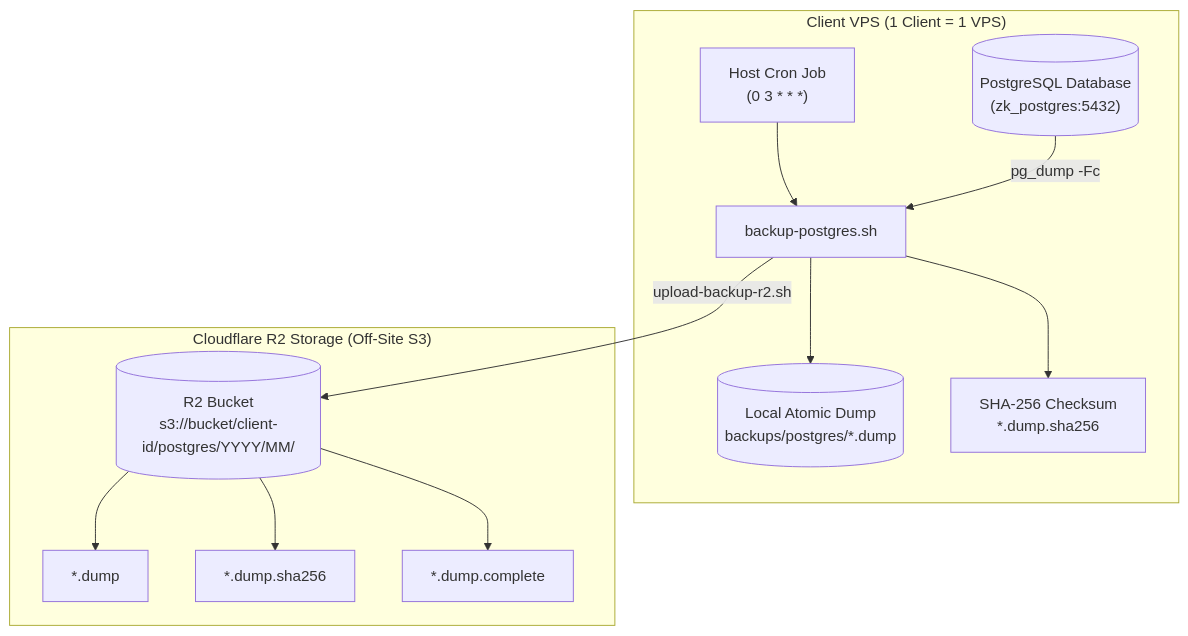
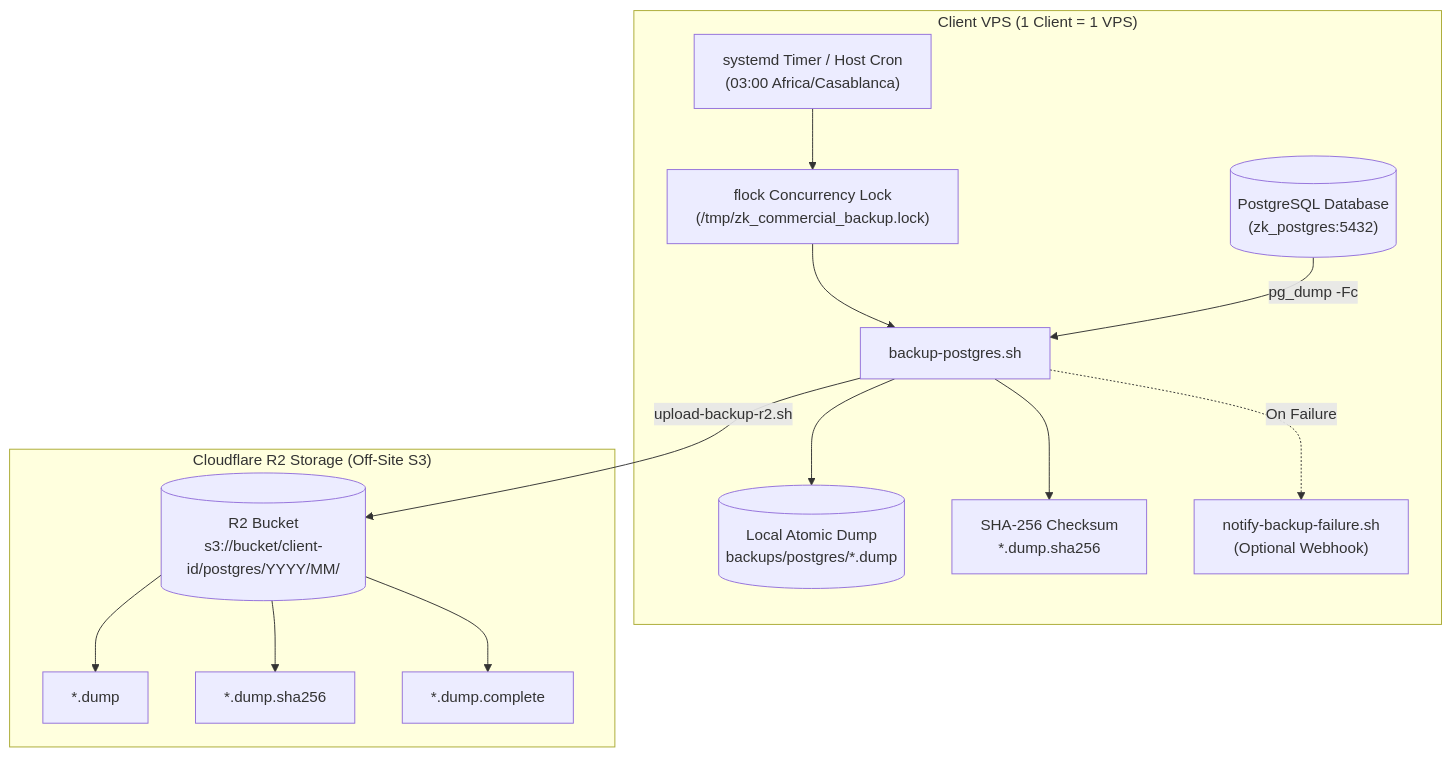
The diagram in docs/BACKUP_RUNBOOK.md (ZakabouD/k14), drawn with Mermaid before and after one commit. The commit also changed other lines of this file and 11 other files, not shown here.

````diff
--- a/docs/BACKUP_RUNBOOK.md
+++ b/docs/BACKUP_RUNBOOK.md
@@ -11,26 +11,30 @@
 ```mermaid
 graph TD
     subgraph VPS["Client VPS (1 Client = 1 VPS)"]
+        LOCK["flock Concurrency Lock\n(/tmp/zk_commercial_backup.lock)"]
         PG[("PostgreSQL Database\n(zk_postgres:5432)")]
         LOCAL_SCRIPT["backup-postgres.sh"]
         DUMP[("Local Atomic Dump\nbackups/postgres/*.dump")]
         SHA["SHA-256 Checksum\n*.dump.sha256"]
-        CRON["Host Cron Job\n(0 3 * * *)"]
+        SCHEDULER["systemd Timer / Host Cron\n(03:00 Africa/Casablanca)"]
+        ALERT["notify-backup-failure.sh\n(Optional Webhook)"]
     end
 
     subgraph Cloudflare["Cloudflare R2 Storage (Off-Site S3)"]
         R2_BUCKET[("R2 Bucket\ns3://bucket/client-id/postgres/YYYY/MM/")]
         R2_DUMP["*.dump"]
         R2_SHA["*.dump.sha256"]
         R2_MARKER["*.dump.complete"]
     end
 
-    CRON --> LOCAL_SCRIPT
+    SCHEDULER --> LOCK
+    LOCK --> LOCAL_SCRIPT
     PG -->|pg_dump -Fc| LOCAL_SCRIPT
     LOCAL_SCRIPT --> DUMP
     LOCAL_SCRIPT --> SHA
     LOCAL_SCRIPT -->|upload-backup-r2.sh| R2_BUCKET
+    LOCAL_SCRIPT -.->|On Failure| ALERT
     R2_BUCKET --> R2_DUMP
     R2_BUCKET --> R2_SHA
     R2_BUCKET --> R2_MARKER
 ```
````
